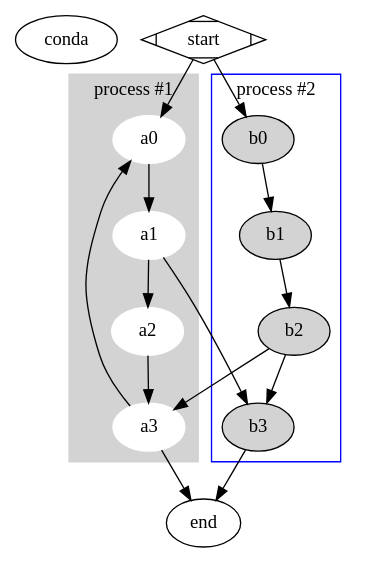
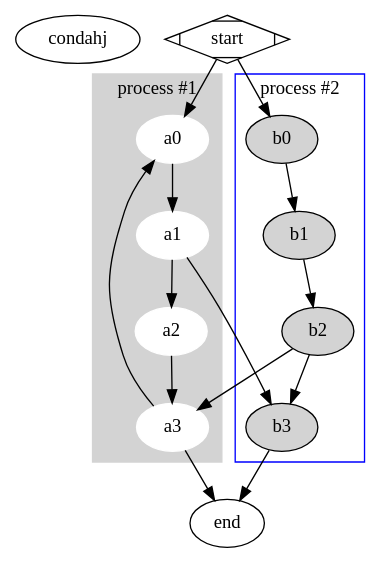
The diagram in source/topics/devops.rst (tudat-team/tudat-developer-docs), drawn with Graphviz before and after one commit.

```diff
--- a/source/topics/devops.rst
+++ b/source/topics/devops.rst
@@ -11,31 +11,31 @@
 .. graphviz::
     :align: center
 
     digraph G {
-        conda [label = "conda", href = "#Test"];
-        start [shape = Mdiamond, label = "start", href = "#Conda", target="_top"];
+        conda [label = "condahj", href = "#conda", target="_top"];
+        start [shape = Mdiamond, label = "start", href = "#cnda", target="_top"];
 
         subgraph cluster_0 {
         style = filled;
         color = lightgrey;
         node [style = filled,color = white];
         a0 -> a1 -> a2 -> a3;
         label = "process #1";
         }
 
         subgraph cluster_1 {
         node [style = filled];
         b0 -> b1 -> b2 -> b3;
         label = "process #2";
         color = blue
         }
         start -> a0;
         start -> b0;
         a1 -> b3;
         b2 -> a3;
         a3 -> a0;
         a3 -> end;
         b3 -> end;
 
         start [shape = Mdiamond];
     }
```
